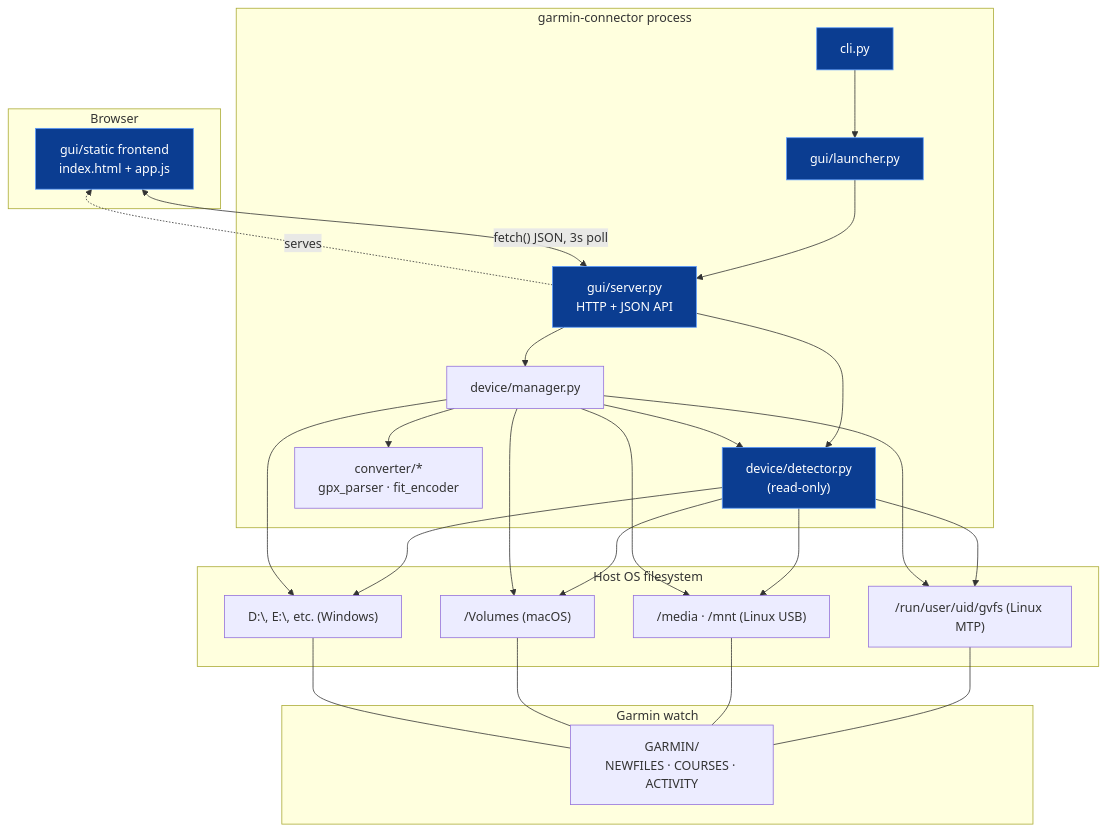
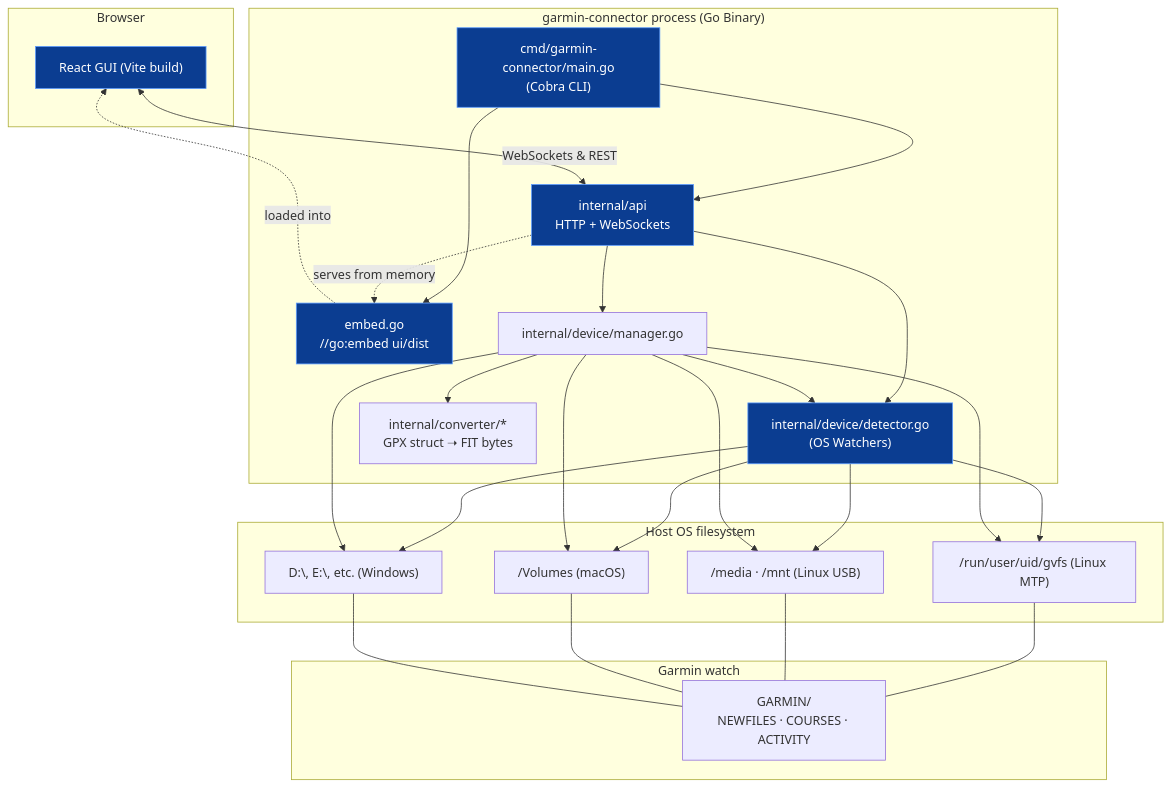
One commit to jvanheerikhuize/garmin-connector changed the diagram in spec/constitution.md. Above: the diagram before and after it, drawn with Mermaid. The commit also changed other lines of this file and 12 other files, not shown here.

Commit message:
feat: complete carte blanche architecture rewrite (Go + React)

````diff
--- a/spec/constitution.md
+++ b/spec/constitution.md
@@ -79,44 +78,45 @@
 ```mermaid
 flowchart TD
     subgraph Browser["Browser"]
-        FE["gui/static frontend<br/>index.html + app.js"]
+        FE["React GUI (Vite build)"]
     end
 
-    subgraph Process["garmin-connector process"]
-        CLI["cli.py"] --> Launcher["gui/launcher.py"]
-        Launcher --> Server["gui/server.py<br/>HTTP + JSON API"]
-        Server -. serves .-> FE
-        Server --> Detector["device/detector.py<br/>(read-only)"]
-        Server --> Manager["device/manager.py"]
+    subgraph Process["garmin-connector process (Go Binary)"]
+        CLI["cmd/garmin-connector/main.go<br/>(Cobra CLI)"] --> Embed["embed.go<br/>//go:embed ui/dist"]
+        CLI --> Server["internal/api<br/>HTTP + WebSockets"]
+        Server -. serves from memory .-> Embed
+        Embed -. loaded into .-> FE
+        Server --> Detector["internal/device/detector.go<br/>(OS Watchers)"]
+        Server --> Manager["internal/device/manager.go"]
         Manager --> Detector
-        Manager --> Converter["converter/*<br/>gpx_parser · fit_encoder"]
+        Manager --> Converter["internal/converter/*<br/>GPX struct ➝ FIT bytes"]
     end
 
     subgraph HostOS["Host OS filesystem"]
         LinuxGVFS["/run/user/uid/gvfs (Linux MTP)"]
         LinuxMedia["/media · /mnt (Linux USB)"]
         MacMounts["/Volumes (macOS)"]
         WinMounts["D:\, E:\, etc. (Windows)"]
     end
 
     subgraph Watch["Garmin watch"]
         GarminDir["GARMIN/<br/>NEWFILES · COURSES · ACTIVITY"]
     end
 
-    FE <-- "fetch() JSON, 3s poll" --> Server
+    FE <-- "WebSockets & REST" --> Server
     Detector --> LinuxGVFS
     Detector --> LinuxMedia
     Detector --> MacMounts
     Detector --> WinMounts
     Manager --> LinuxGVFS
     Manager --> LinuxMedia
     Manager --> MacMounts
     Manager --> WinMounts
     LinuxGVFS --- GarminDir
     LinuxMedia --- GarminDir
     MacMounts --- GarminDir
     WinMounts --- GarminDir
 
     classDef skeleton fill:#0b3d91,stroke:#5b9bff,color:#fff
-    class CLI,Launcher,Server,Detector,FE skeleton
+    class CLI,Embed,Server,Detector,FE skeleton
 ```
````
